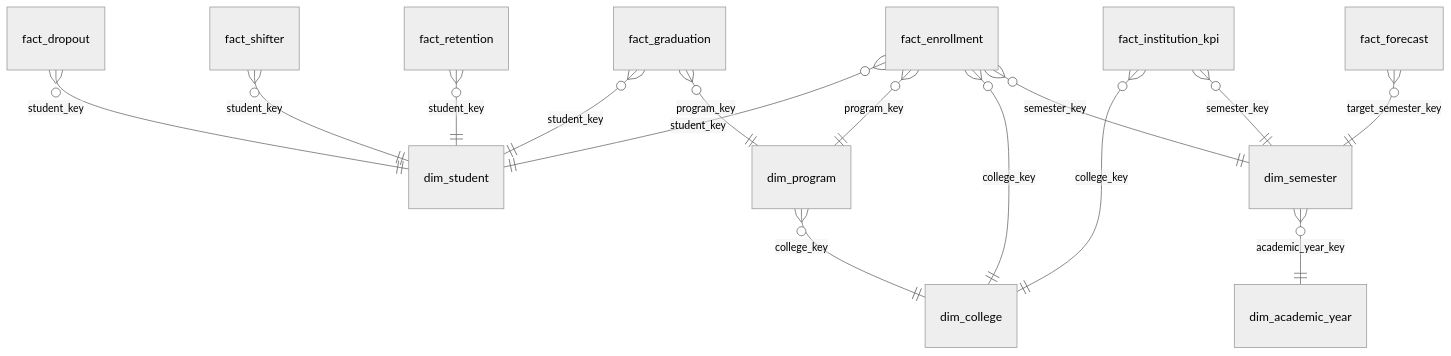
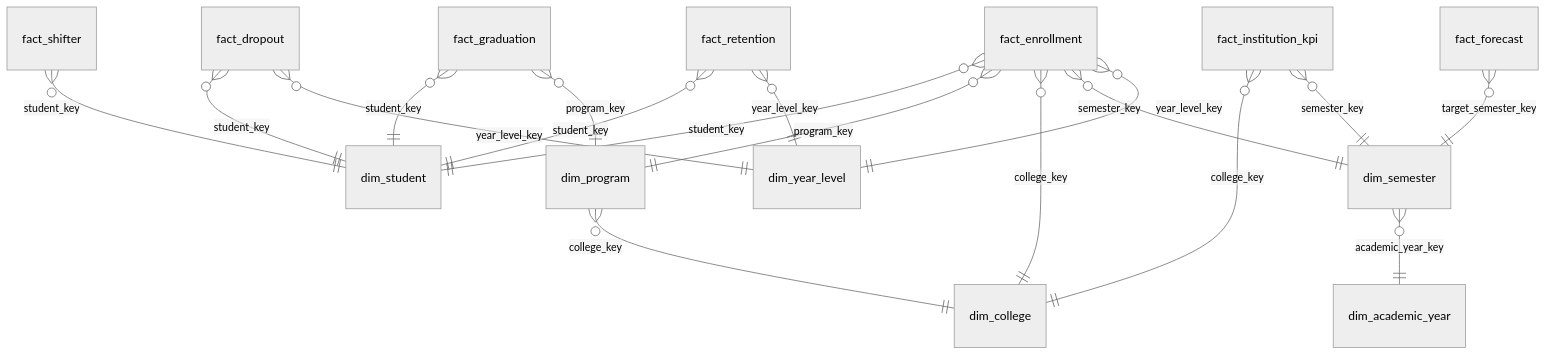
The second of 2 diagrams in docs/04_Data_Modeling.md (DatAisen1/university-analytics-platform-capstone), drawn with Mermaid (neutral theme) before and after one commit. The commit also changed other lines of this file and 11 other files, not shown here.

````diff
--- a/docs/04_Data_Modeling.md
+++ b/docs/04_Data_Modeling.md
@@ -109,17 +116,20 @@
 ```mermaid
 erDiagram
     fact_enrollment }o--|| dim_student : student_key
     fact_enrollment }o--|| dim_program : program_key
     fact_enrollment }o--|| dim_college : college_key
     fact_enrollment }o--|| dim_semester : semester_key
+    fact_enrollment }o--|| dim_year_level : year_level_key
     fact_graduation }o--|| dim_student : student_key
     fact_graduation }o--|| dim_program : program_key
     fact_dropout }o--|| dim_student : student_key
+    fact_dropout }o--|| dim_year_level : year_level_key
     fact_shifter }o--|| dim_student : student_key
     fact_retention }o--|| dim_student : student_key
+    fact_retention }o--|| dim_year_level : year_level_key
     fact_institution_kpi }o--|| dim_college : college_key
     fact_institution_kpi }o--|| dim_semester : semester_key
     fact_forecast }o--|| dim_semester : target_semester_key
     dim_program }o--|| dim_college : college_key
     dim_semester }o--|| dim_academic_year : academic_year_key
 ```
````
